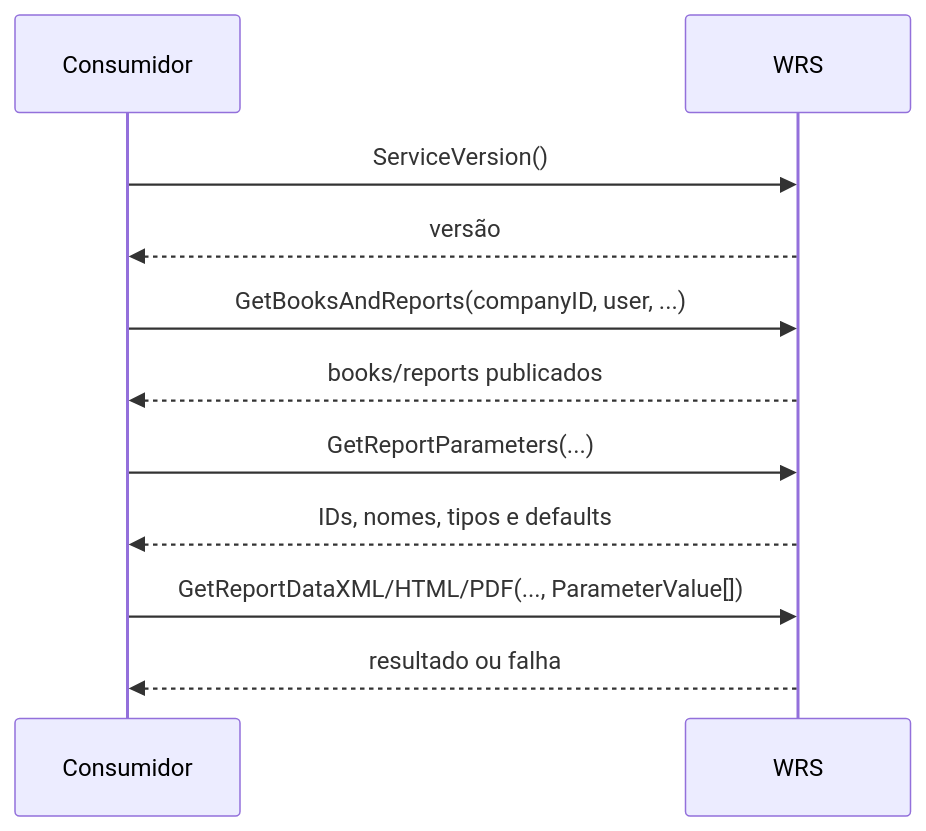
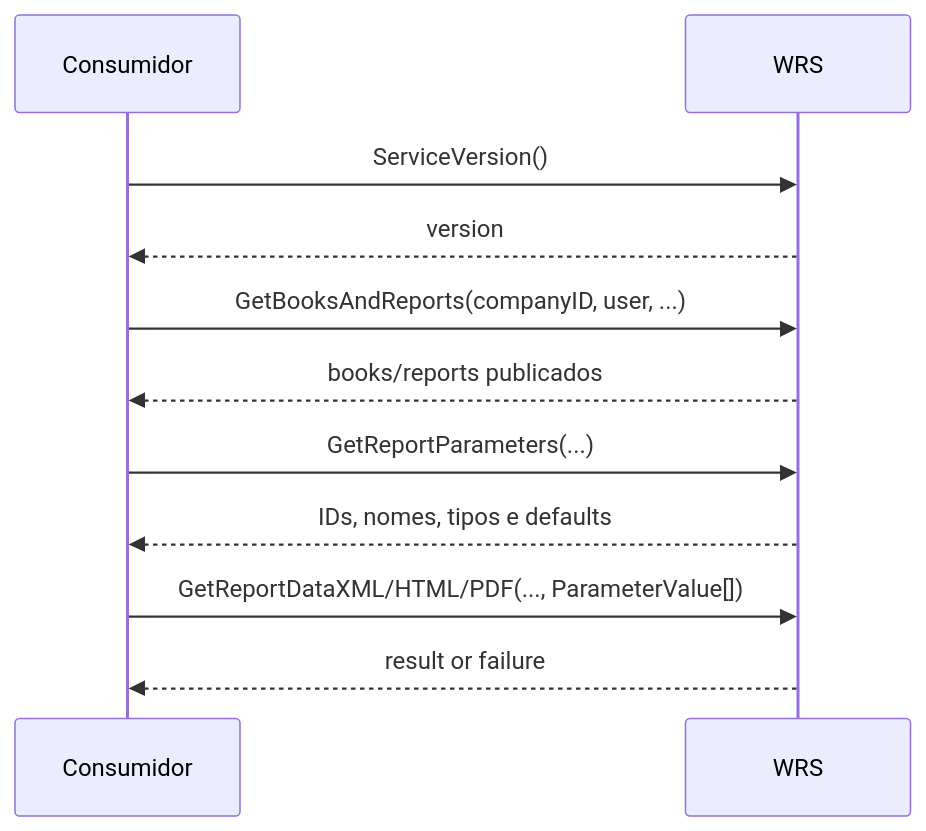
The second of 2 diagrams in docs/reporting/03-web-reporting-services.md (msekimoto/investran), drawn with Mermaid before and after one commit. The commit also changed other lines of this file and 105 other files, not shown here.

````diff
--- a/docs/reporting/03-web-reporting-services.md
+++ b/docs/reporting/03-web-reporting-services.md
@@ -171,13 +171,13 @@
 ```mermaid
 sequenceDiagram
     participant C as Consumidor
     participant W as WRS
     C->>W: ServiceVersion()
-    W-->>C: versão
+    W-->>C: version
     C->>W: GetBooksAndReports(companyID, user, ...)
     W-->>C: books/reports publicados
     C->>W: GetReportParameters(...)
     W-->>C: IDs, nomes, tipos e defaults
     C->>W: GetReportDataXML/HTML/PDF(..., ParameterValue[])
-    W-->>C: resultado ou falha
+    W-->>C: result or failure
 ```
````
